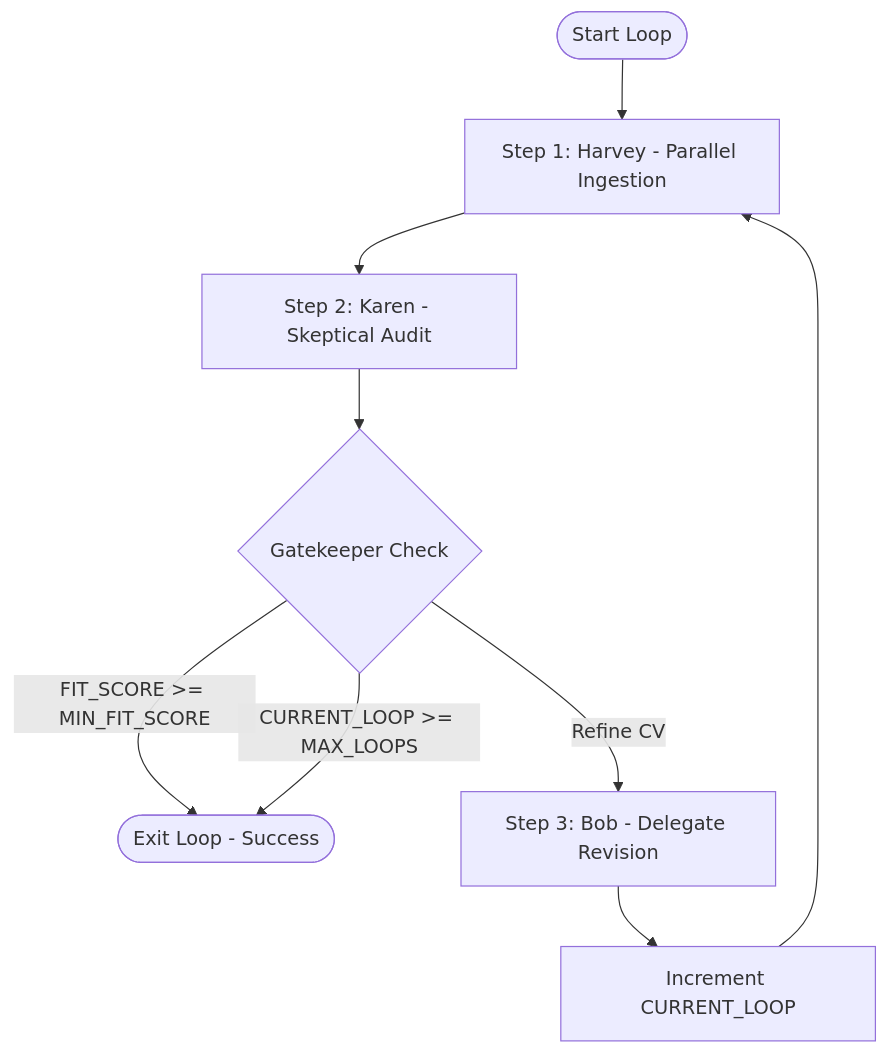
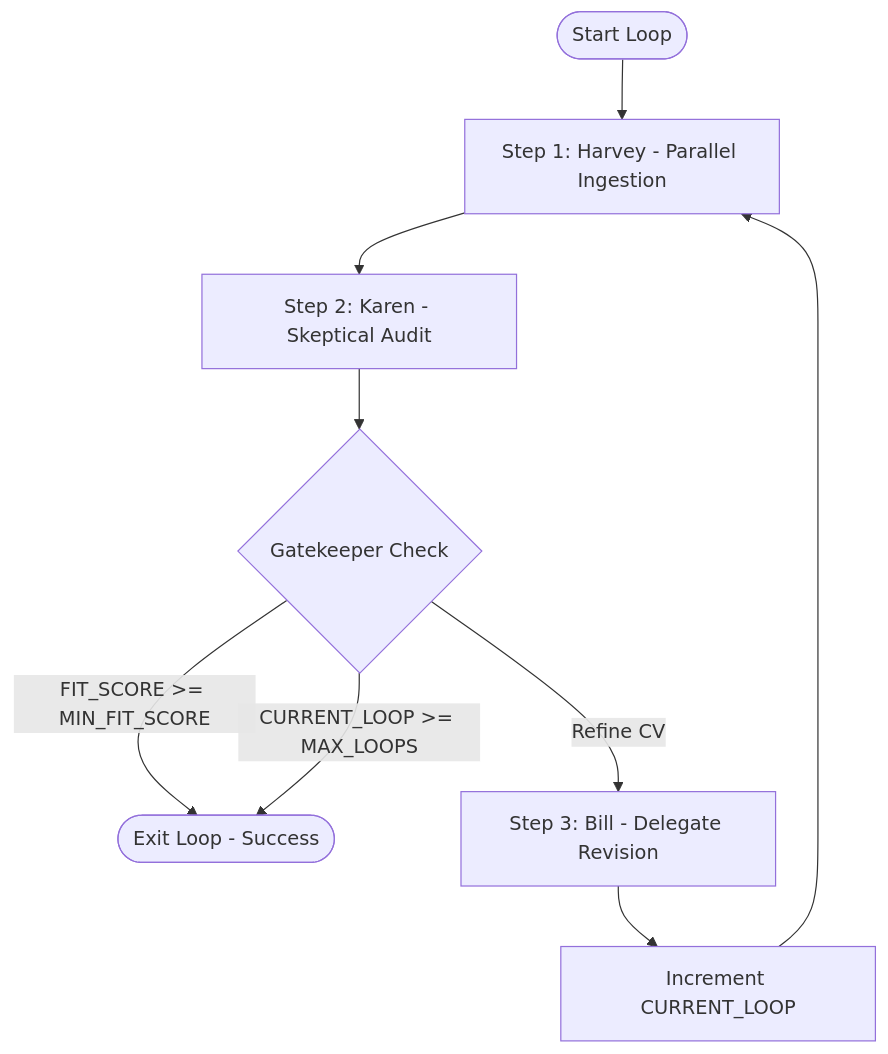
One commit to al4xdev/crime_alley_cv changed the diagram in main.md. Above: the diagram before and after it, drawn with Mermaid. The commit also changed other lines of this file and 3 other files, not shown here.

````diff
--- a/main.md
+++ b/main.md
@@ -29,11 +29,11 @@
 ```mermaid
 graph TD
     Start([Start Loop]) --> Step1[Step 1: Harvey - Parallel Ingestion]
     Step1 --> Step2[Step 2: Karen - Skeptical Audit]
     Step2 --> Check{Gatekeeper Check}
     Check -- "FIT_SCORE >= MIN_FIT_SCORE" --> End([Exit Loop - Success])
     Check -- "CURRENT_LOOP >= MAX_LOOPS" --> End
-    Check -- "Refine CV" --> Step3[Step 3: Bob - Delegate Revision]
+    Check -- "Refine CV" --> Step3[Step 3: Bill - Delegate Revision]
     Step3 --> Increment[Increment CURRENT_LOOP]
     Increment --> Step1
 ```
````
